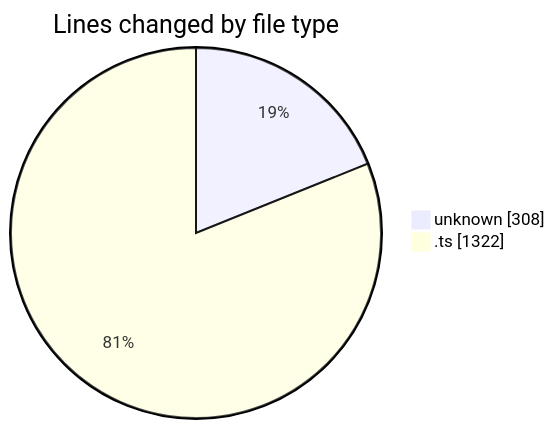
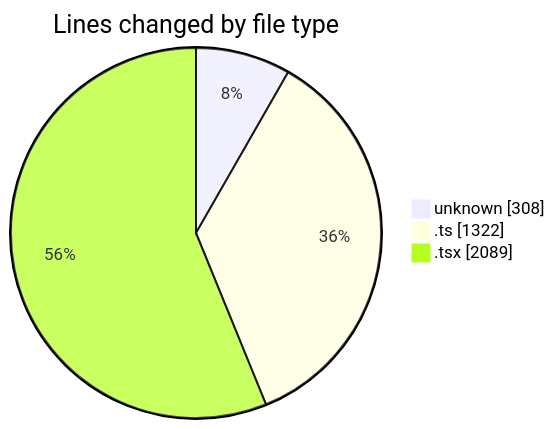
Before and after one commit to CELIANVF/code-tracking: the first of 2 diagrams in 2025-06-13/ecodeli-1/README.md, drawn with Mermaid. The commit also changed other lines of this file and 1 other file, not shown here.

````diff
--- a/2025-06-13/ecodeli-1/README.md
+++ b/2025-06-13/ecodeli-1/README.md
@@ -24,6 +27,7 @@
 ```mermaid
 pie showData
 title Lines changed by file type
 "unknown" : 308
 ".ts" : 1322
+".tsx" : 2089
 ```
````
